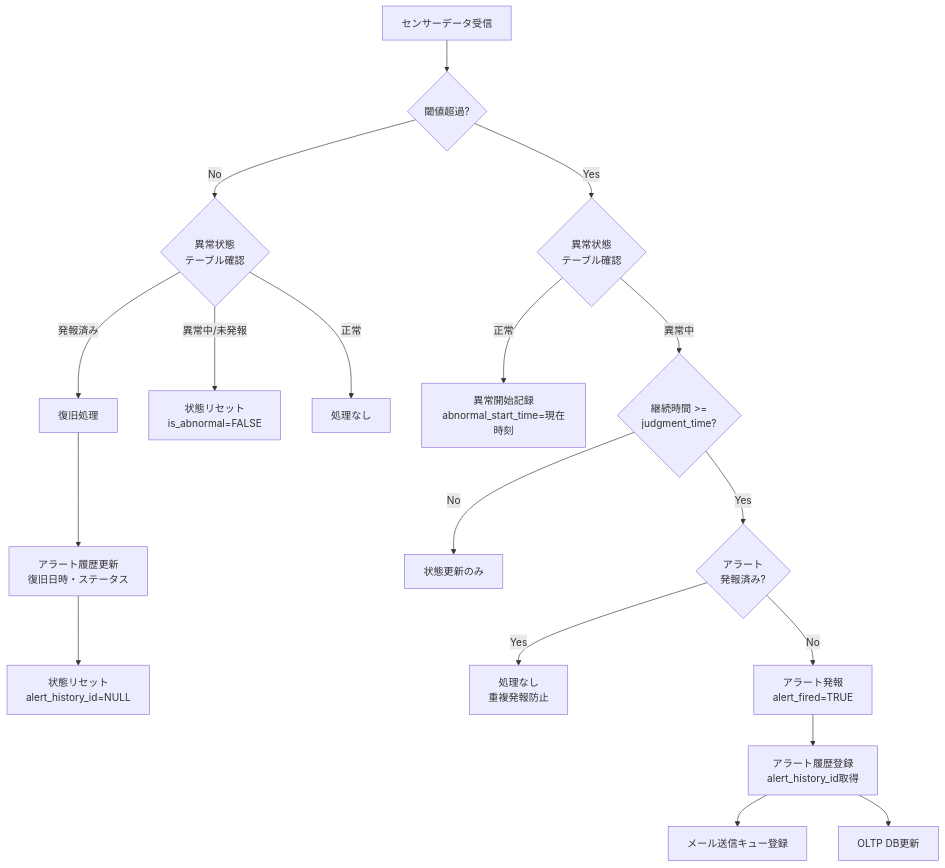
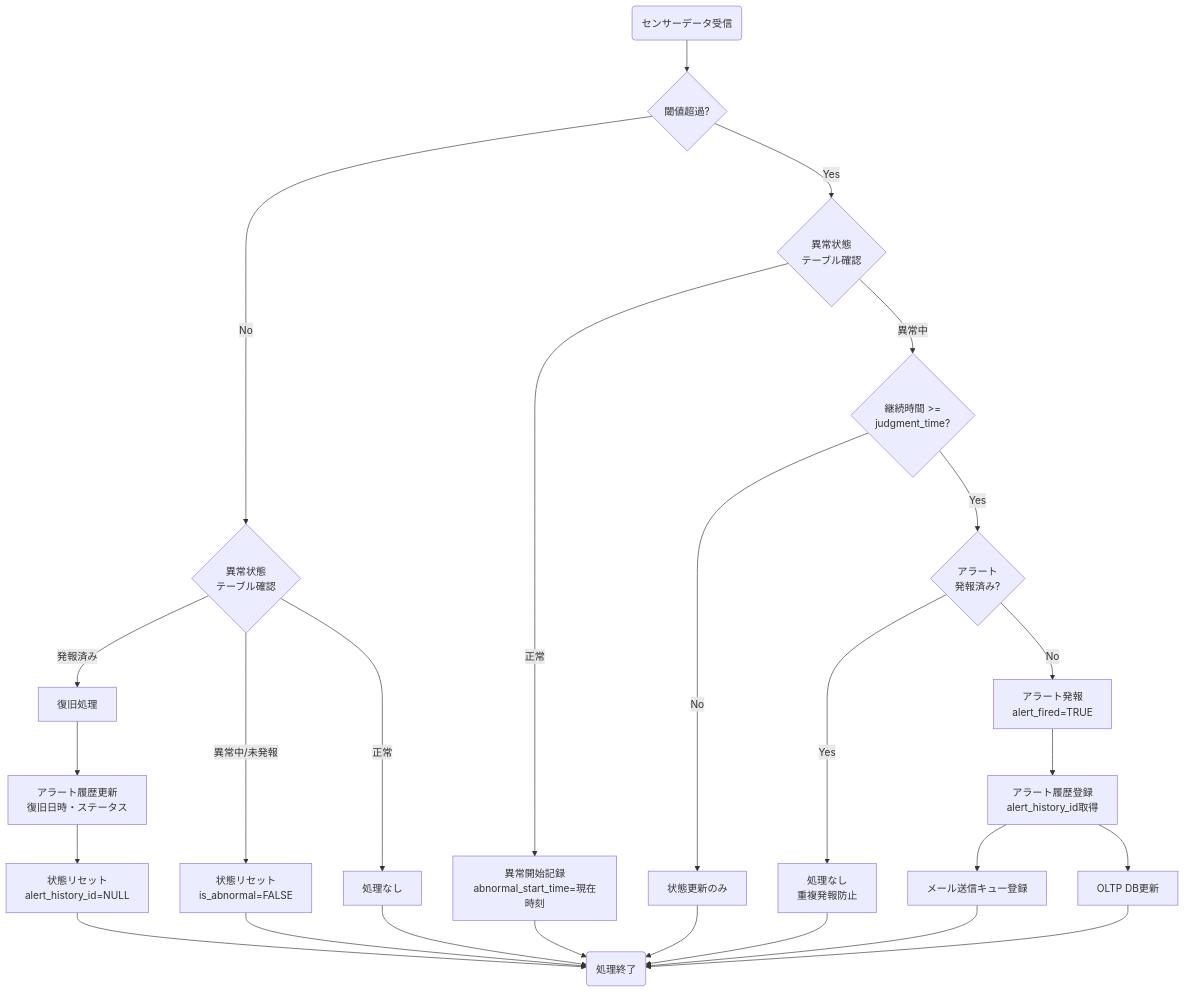
Before and after one commit to NSW-SVCP-AIWG002/Databricks-IoT: the second of 3 diagrams in docs/03-features/ldp-pipeline/silver-layer/ldp-pipeline-specification.md, drawn with Mermaid. The commit also changed other lines of this file and 3 other files, not shown here.

````diff
--- a/docs/03-features/ldp-pipeline/silver-layer/ldp-pipeline-specification.md
+++ b/docs/03-features/ldp-pipeline/silver-layer/ldp-pipeline-specification.md
@@ -469,26 +477,36 @@
 ```mermaid
 flowchart TD
-    Sensor[センサーデータ受信] --> Threshold{閾値超過?}
+    Sensor(センサーデータ受信) --> Threshold{閾値超過?}
 
     Threshold -->|No| CheckState1{異常状態<br>テーブル確認}
     CheckState1 -->|発報済み| RecoveryProcess[復旧処理]
     CheckState1 -->|異常中/未発報| ResetState[状態リセット<br>is_abnormal=FALSE]
     CheckState1 -->|正常| NoAction1[処理なし]
 
     RecoveryProcess --> UpdateHistory[アラート履歴更新<br>復旧日時・ステータス]
     UpdateHistory --> ResetStateWithHistory[状態リセット<br>alert_history_id=NULL]
 
     Threshold -->|Yes| CheckState2{異常状態<br>テーブル確認}
     CheckState2 -->|正常| StartAbnormal[異常開始記録<br>abnormal_start_time=現在時刻]
     CheckState2 -->|異常中| CheckDuration{継続時間 >=<br>judgment_time?}
 
     CheckDuration -->|No| UpdateState[状態更新のみ]
     CheckDuration -->|Yes| CheckFired{アラート<br>発報済み?}
 
     CheckFired -->|Yes| NoAction2[処理なし<br>重複発報防止]
     CheckFired -->|No| FireAlert[アラート発報<br>alert_fired=TRUE]
 
     FireAlert --> InsertHistory[アラート履歴登録<br>alert_history_id取得]
     InsertHistory --> Queue[メール送信キュー登録]
     InsertHistory --> UpdateOLTP[OLTP DB更新]
+
+    ResetStateWithHistory　--> End(処理終了)
+    ResetState --> End
+    NoAction1 --> End
+    StartAbnormal --> End
+    UpdateState --> End
+    NoAction2 --> End
+    Queue --> End
+    UpdateOLTP --> End
+
 ```
````
